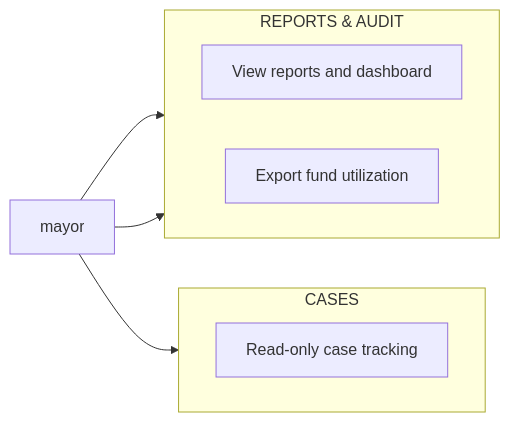
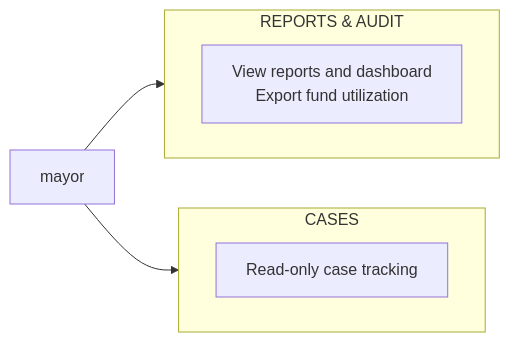
Before and after one commit to urlsalimbot/THESIS1-KAPWA: the eighth of 10 diagrams in docs/diagrams/02-use-case-diagram.md, drawn with Mermaid. The commit also changed other lines of this file, not shown here.

Commit message:
docs: pair each role's category-grouped use case diagram with its description on one letter page

````diff
--- a/docs/diagrams/02-use-case-diagram.md
+++ b/docs/diagrams/02-use-case-diagram.md
@@ -310,19 +226,17 @@
 ```mermaid
 flowchart LR
     MA["mayor"]
 
     subgraph Cases[CASES]
         direction LR
         M1["Read-only case tracking"]
     end
 
     subgraph Reports[REPORTS & AUDIT]
         direction LR
-        M2["View reports and dashboard"]
-        M3["Export fund utilization"]
+        M2["View reports and dashboard<br/>Export fund utilization"]
     end
 
     MA --> M1
     MA --> M2
-    MA --> M3
 ```
````
